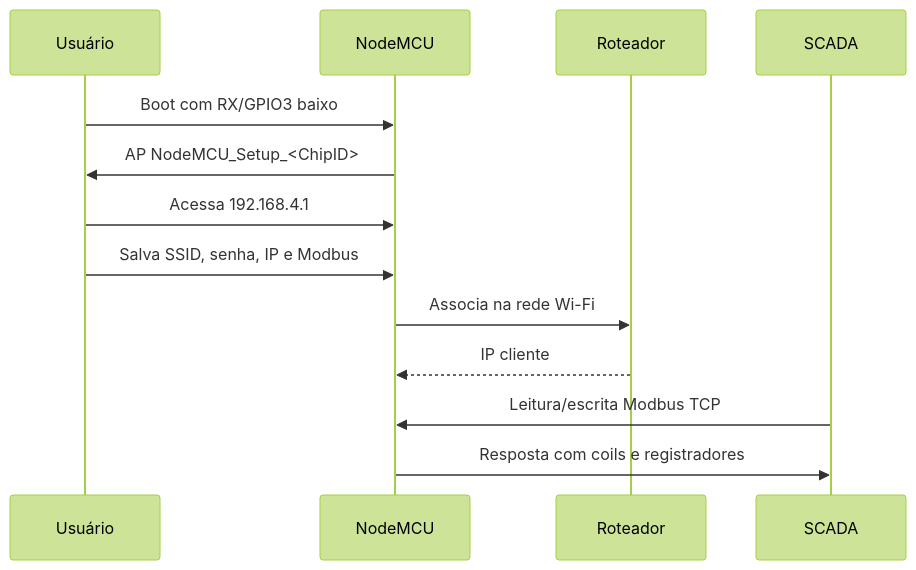
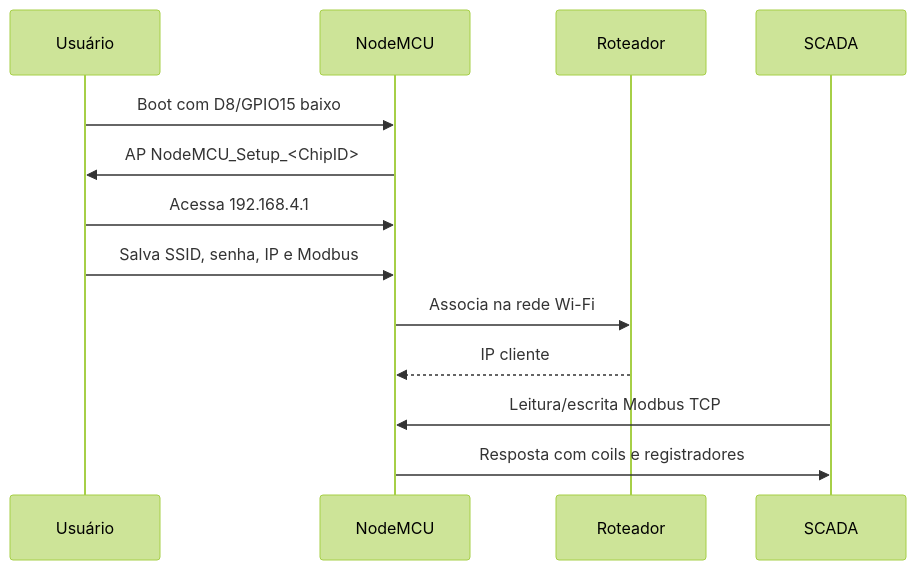
Before and after one commit to wvianna/pcb-moduloDidatico-SCADA-IoT-firmware: the third of 4 diagrams in README.md, drawn with Mermaid (forest theme). The commit also changed other lines of this file and 5 other files, not shown here.

````diff
--- a/README.md
+++ b/README.md
@@ -631,16 +600,16 @@
 ```mermaid
 sequenceDiagram
   participant U as Usuário
   participant N as NodeMCU
   participant R as Roteador
   participant S as SCADA
 
-  U->>N: Boot com RX/GPIO3 baixo
+  U->>N: Boot com D8/GPIO15 baixo
   N->>U: AP NodeMCU_Setup_<ChipID>
   U->>N: Acessa 192.168.4.1
   U->>N: Salva SSID, senha, IP e Modbus
   N->>R: Associa na rede Wi-Fi
   R-->>N: IP cliente
   S->>N: Leitura/escrita Modbus TCP
   N->>S: Resposta com coils e registradores
 ```
````
